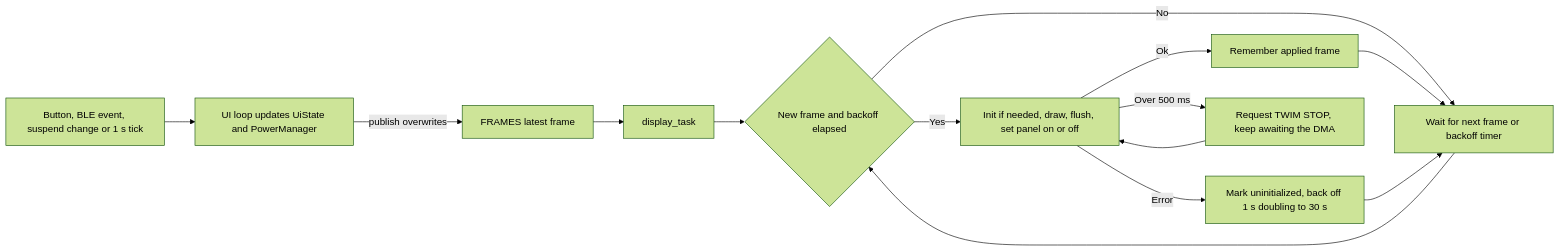
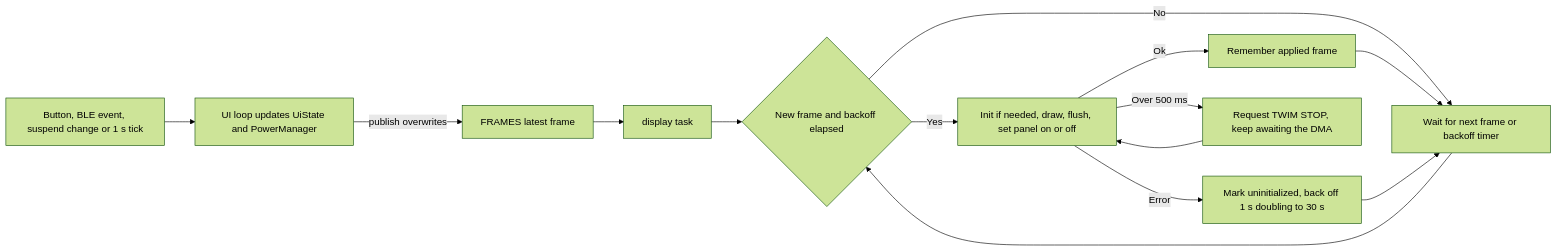
The tenth of 10 diagrams in docs/architecture.md (chefzaid/bt2usb), drawn with Mermaid (forest theme) before and after one commit. The commit also changed other lines of this file and 30 other files, not shown here.

````diff
--- a/docs/architecture.md
+++ b/docs/architecture.md
@@ -853,16 +856,16 @@
 ```mermaid
 flowchart LR
     E[Button, BLE event, suspend change or 1 s tick] --> S[UI loop updates UiState and PowerManager]
     S -->|publish overwrites| F[FRAMES latest frame]
-    F --> D[display_task]
+    F --> D[display task]
     D --> Q{New frame and backoff elapsed}
     Q -->|No| W[Wait for next frame or backoff timer]
     Q -->|Yes| R[Init if needed, draw, flush, set panel on or off]
     R -->|Ok| A[Remember applied frame]
     R -->|Error| B[Mark uninitialized, back off 1 s doubling to 30 s]
     R -->|Over 500 ms| P[Request TWIM STOP, keep awaiting the DMA]
     P --> R
     A --> W
     B --> W
     W --> Q
 ```
````
